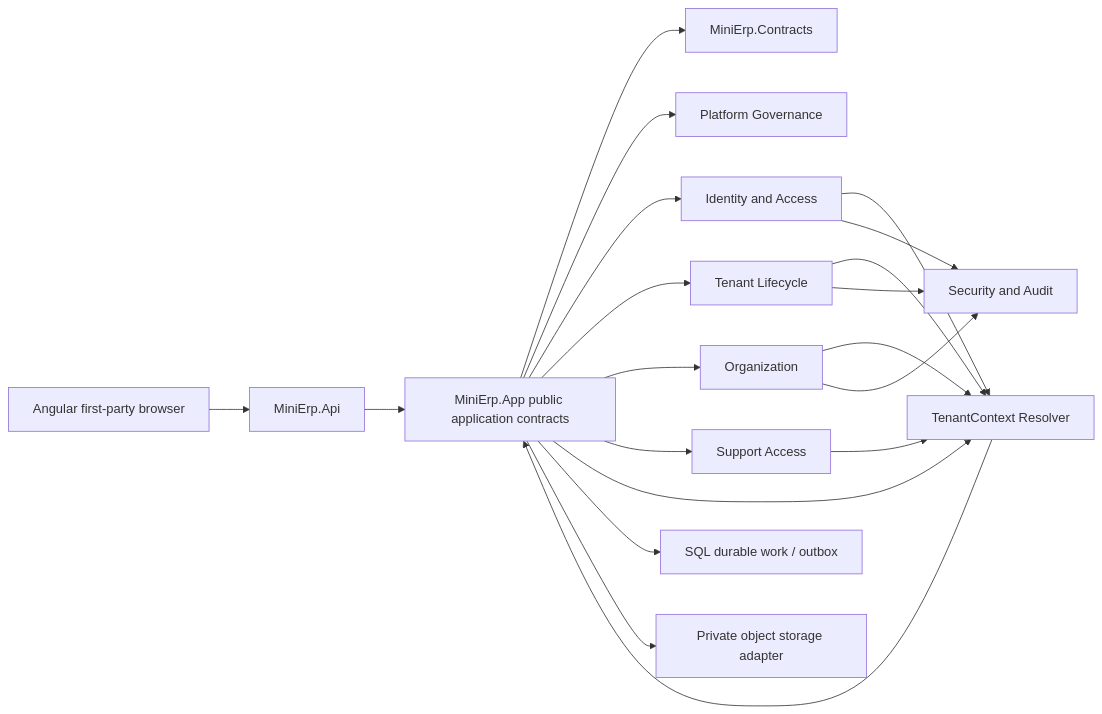
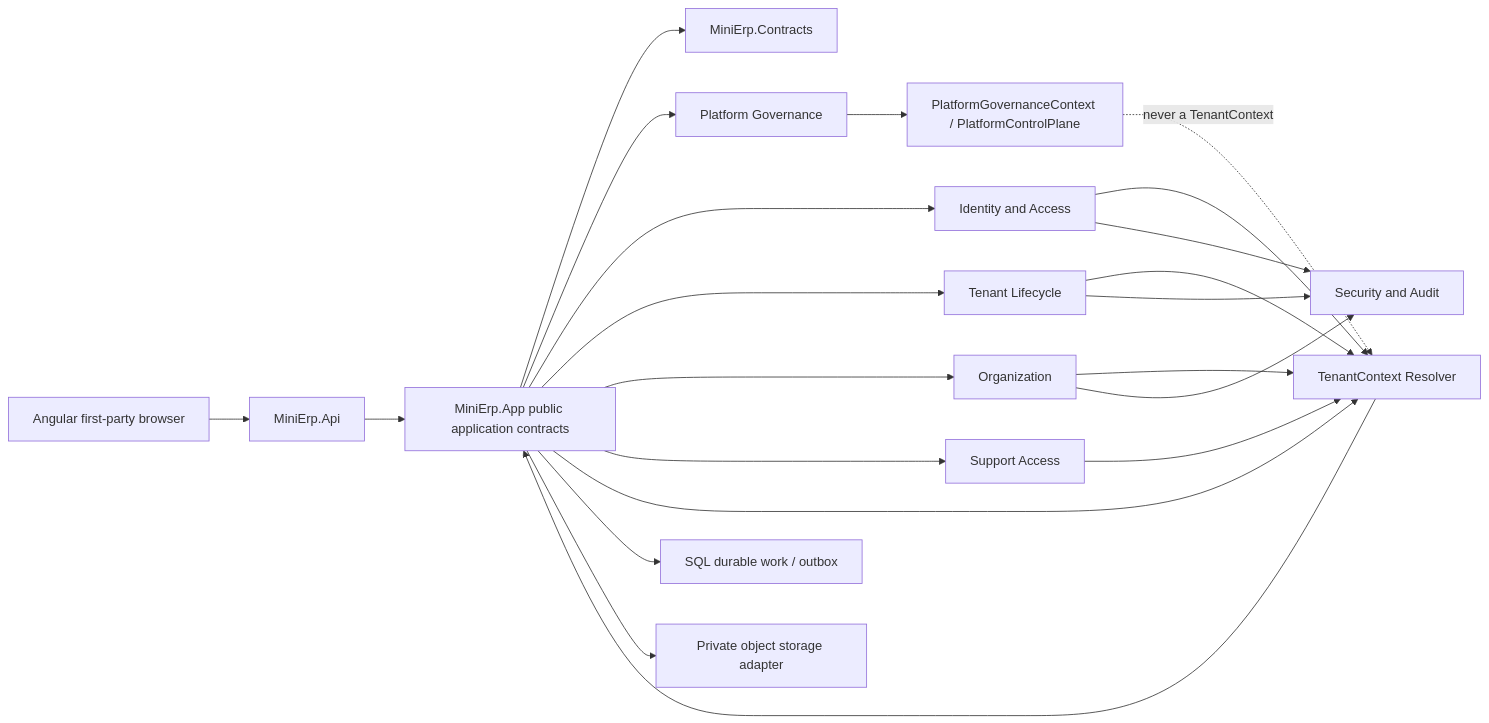
One commit to Hossam1104/mini-erp-saas-platform changed the first of 3 diagrams in docs/15_Foundation_Release_1_Lean_Implementation_Specification.md. Above: the diagram before and after it, drawn with Mermaid. The commit also changed other lines of this file and 1 other file, not shown here.

````diff
--- a/docs/15_Foundation_Release_1_Lean_Implementation_Specification.md
+++ b/docs/15_Foundation_Release_1_Lean_Implementation_Specification.md
@@ -146,22 +147,24 @@
 ```mermaid
 flowchart LR
   Browser["Angular first-party browser"] --> Api["MiniErp.Api"]
   Api --> App["MiniErp.App public application contracts"]
   App --> Contracts["MiniErp.Contracts"]
   App --> Platform["Platform Governance"]
   App --> Identity["Identity and Access"]
   App --> Tenant["Tenant Lifecycle"]
   App --> Org["Organization"]
   App --> Support["Support Access"]
   App --> Resolver["TenantContext Resolver"]
   Identity --> Resolver
   Tenant --> Resolver
   Org --> Resolver
   Support --> Resolver
   Resolver --> App
   Identity --> Audit["Security and Audit"]
   Tenant --> Audit
   Org --> Audit
   App --> Work["SQL durable work / outbox"]
   App --> Files["Private object storage adapter"]
+  Platform --> GovernanceContext["PlatformGovernanceContext / PlatformControlPlane"]
+  GovernanceContext -. "never a TenantContext" .-> Resolver
 ```
````
